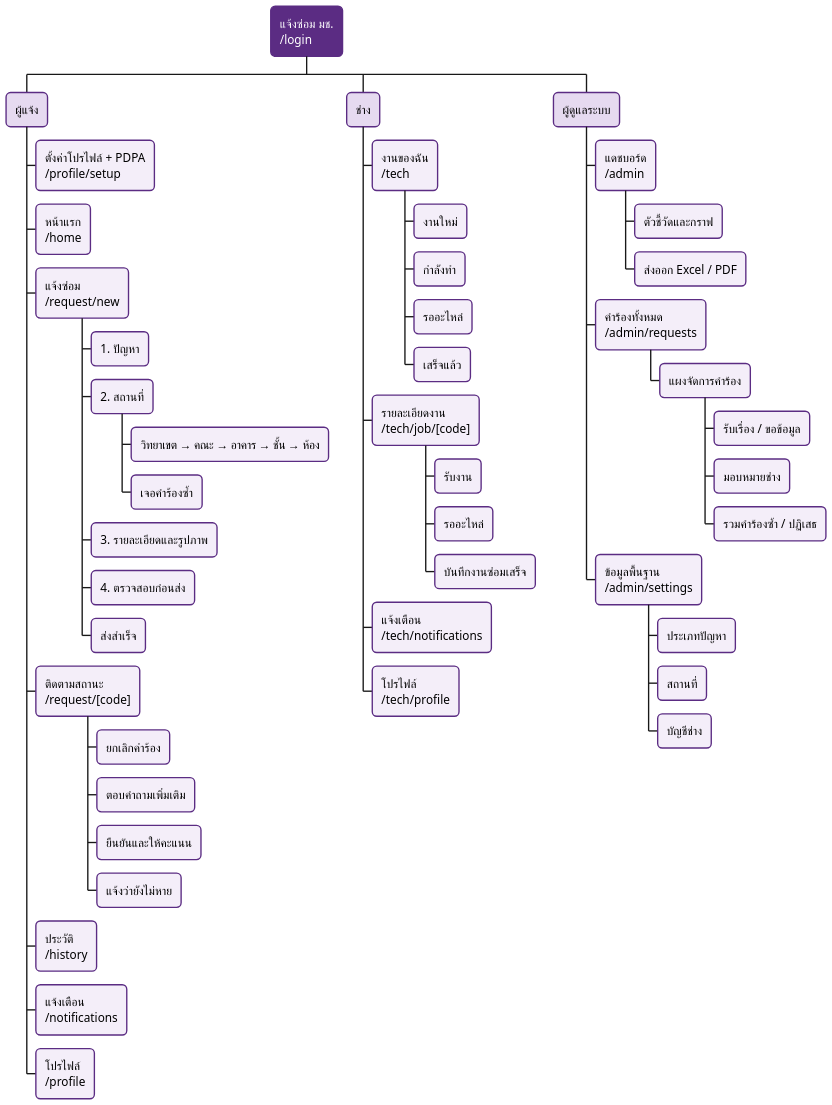
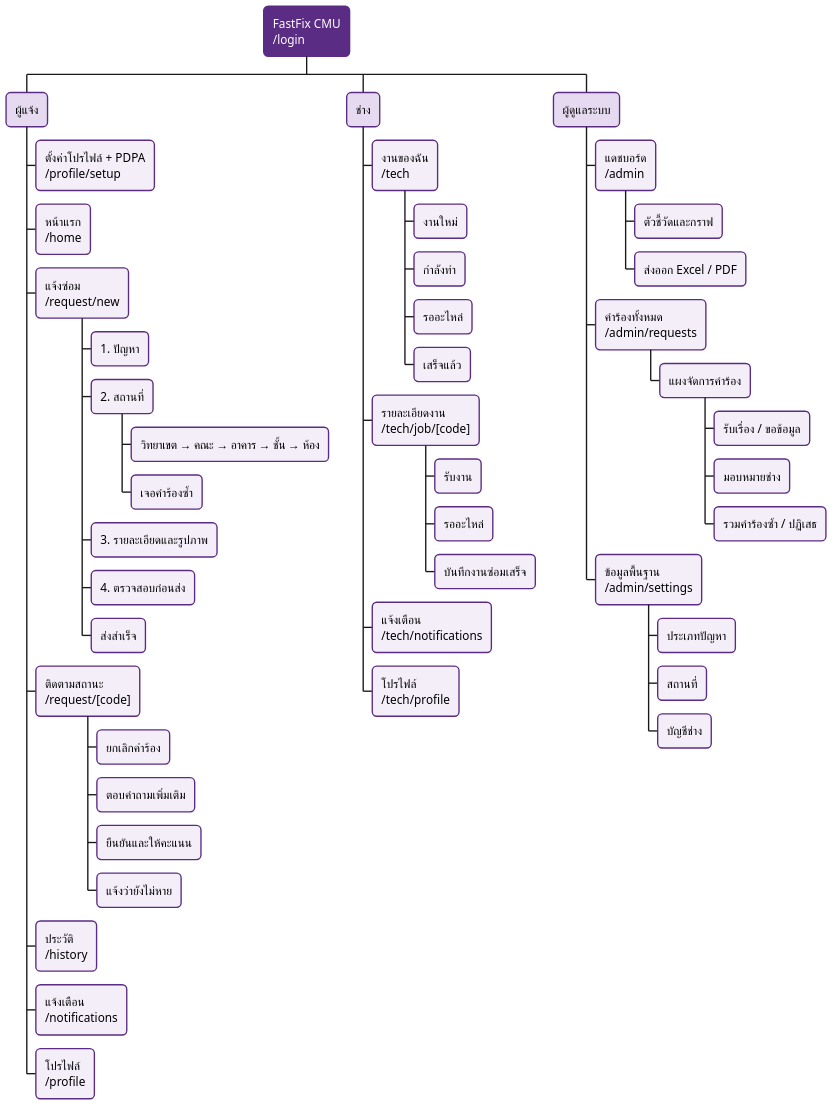
One commit to Nexzerf/SmartCMUMaintenanceSystem changed the diagram in report/diagrams/07-ia.puml. Above: the diagram before and after it, drawn with PlantUML. The commit also changed 45 other files, not shown here.

First line of the commit message:
Rename to FastFix CMU with the new logo; fix layout issues found at four widths

```diff
--- a/report/diagrams/07-ia.puml
+++ b/report/diagrams/07-ia.puml
@@ -1,67 +1,67 @@
 @startwbs ia
 ' สถาปัตยกรรมสารสนเทศ (Sitemap) ตรงกับ route ของเว็บ
 skinparam defaultFontName "Leelawadee UI"
 skinparam defaultFontSize 13
 skinparam dpi 150
 <style>
 wbsDiagram {
   node {
     BackgroundColor #F4EEF9
     LineColor #5B2C83
     RoundCorner 10
   }
   :depth(0) {
     BackgroundColor #5B2C83
     FontColor white
   }
   :depth(1) {
     BackgroundColor #E6DAF0
   }
 }
 </style>
-* แจ้งซ่อม มช.\n/login
+* FastFix CMU\n/login
 ** ผู้แจ้ง
 *** ตั้งค่าโปรไฟล์ + PDPA\n/profile/setup
 *** หน้าแรก\n/home
 *** แจ้งซ่อม\n/request/new
 **** 1. ปัญหา
 **** 2. สถานที่
 ***** วิทยาเขต → คณะ → อาคาร → ชั้น → ห้อง
 ***** เจอคำร้องซ้ำ
 **** 3. รายละเอียดและรูปภาพ
 **** 4. ตรวจสอบก่อนส่ง
 **** ส่งสำเร็จ
 *** ติดตามสถานะ\n/request/[code]
 **** ยกเลิกคำร้อง
 **** ตอบคำถามเพิ่มเติม
 **** ยืนยันและให้คะแนน
 **** แจ้งว่ายังไม่หาย
 *** ประวัติ\n/history
 *** แจ้งเตือน\n/notifications
 *** โปรไฟล์\n/profile
 ** ช่าง
 *** งานของฉัน\n/tech
 **** งานใหม่
 **** กำลังทำ
 **** รออะไหล่
 **** เสร็จแล้ว
 *** รายละเอียดงาน\n/tech/job/[code]
 **** รับงาน
 **** รออะไหล่
 **** บันทึกงานซ่อมเสร็จ
 *** แจ้งเตือน\n/tech/notifications
 *** โปรไฟล์\n/tech/profile
 ** ผู้ดูแลระบบ
 *** แดชบอร์ด\n/admin
 **** ตัวชี้วัดและกราฟ
 **** ส่งออก Excel / PDF
 *** คำร้องทั้งหมด\n/admin/requests
 **** แผงจัดการคำร้อง
 ***** รับเรื่อง / ขอข้อมูล
 ***** มอบหมายช่าง
 ***** รวมคำร้องซ้ำ / ปฏิเสธ
 *** ข้อมูลพื้นฐาน\n/admin/settings
 **** ประเภทปัญหา
 **** สถานที่
 **** บัญชีช่าง
 @endwbs
```
